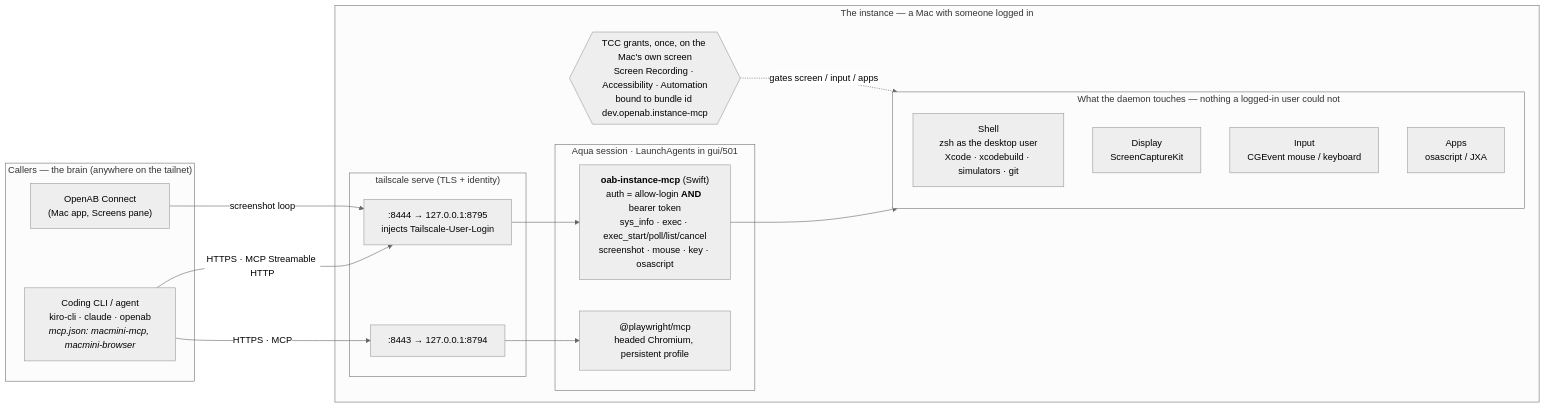
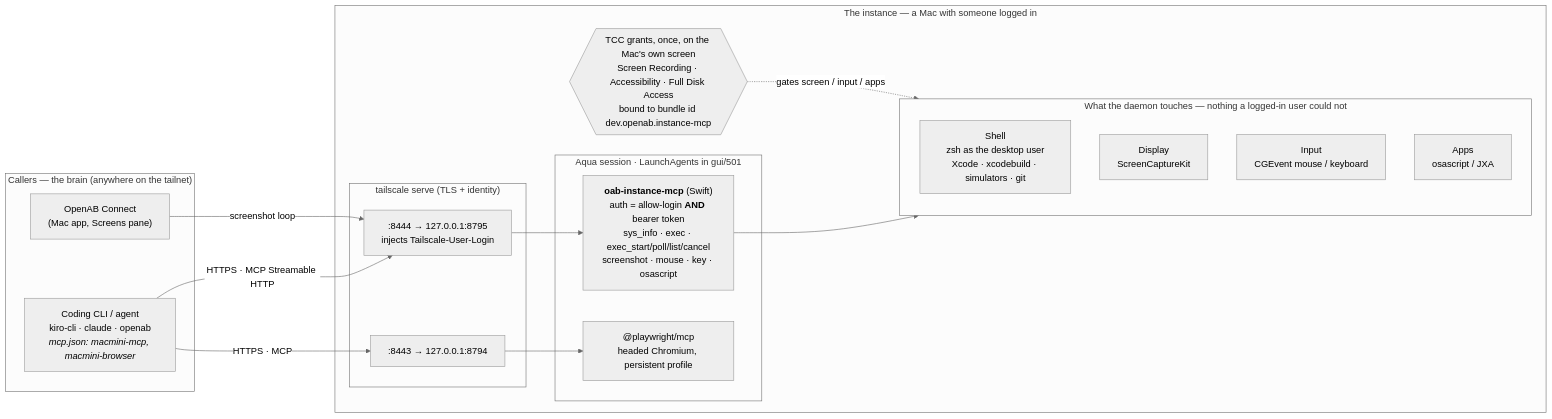
The diagram in README.md (jinwei-pikmin/instance-mcp), drawn with Mermaid (neutral theme) before and after one commit. The commit also changed other lines of this file and 9 other files, not shown here.

````diff
--- a/README.md
+++ b/README.md
@@ -13,33 +13,33 @@
 ```mermaid
 flowchart LR
     subgraph callers["Callers — the brain (anywhere on the tailnet)"]
         cli["Coding CLI / agent<br/>kiro-cli · claude · openab<br/><i>mcp.json: macmini-mcp, macmini-browser</i>"]
         connect["OpenAB Connect<br/>(Mac app, Screens pane)"]
     end
 
     subgraph mac["The instance — a Mac with someone logged in"]
         subgraph ts["tailscale serve (TLS + identity)"]
             s8444[":8444 → 127.0.0.1:8795<br/>injects Tailscale-User-Login"]
             s8443[":8443 → 127.0.0.1:8794"]
         end
         subgraph gui["Aqua session · LaunchAgents in gui/501"]
             mcp["<b>oab-instance-mcp</b> (Swift)<br/>auth = allow-login <b>AND</b> bearer token<br/>sys_info · exec · exec_start/poll/list/cancel<br/>screenshot · mouse · key · osascript"]
             pw["@playwright/mcp<br/>headed Chromium, persistent profile"]
         end
         subgraph hands["What the daemon touches — nothing a logged-in user could not"]
             shell["Shell<br/>zsh as the desktop user<br/>Xcode · xcodebuild · simulators · git"]
             screen["Display<br/>ScreenCaptureKit"]
             input["Input<br/>CGEvent mouse / keyboard"]
             apps["Apps<br/>osascript / JXA"]
         end
-        tcc{{"TCC grants, once, on the Mac's own screen<br/>Screen Recording · Accessibility · Automation<br/>bound to bundle id dev.openab.instance-mcp"}}
+        tcc{{"TCC grants, once, on the Mac's own screen<br/>Screen Recording · Accessibility · Full Disk Access<br/>bound to bundle id dev.openab.instance-mcp"}}
     end
 
     cli -- "HTTPS · MCP Streamable HTTP" --> s8444
     connect -- "screenshot loop" --> s8444
     cli -- "HTTPS · MCP" --> s8443
     s8444 --> mcp
     s8443 --> pw
     mcp --> hands
     tcc -. "gates screen / input / apps" .-> hands
 ```
````
